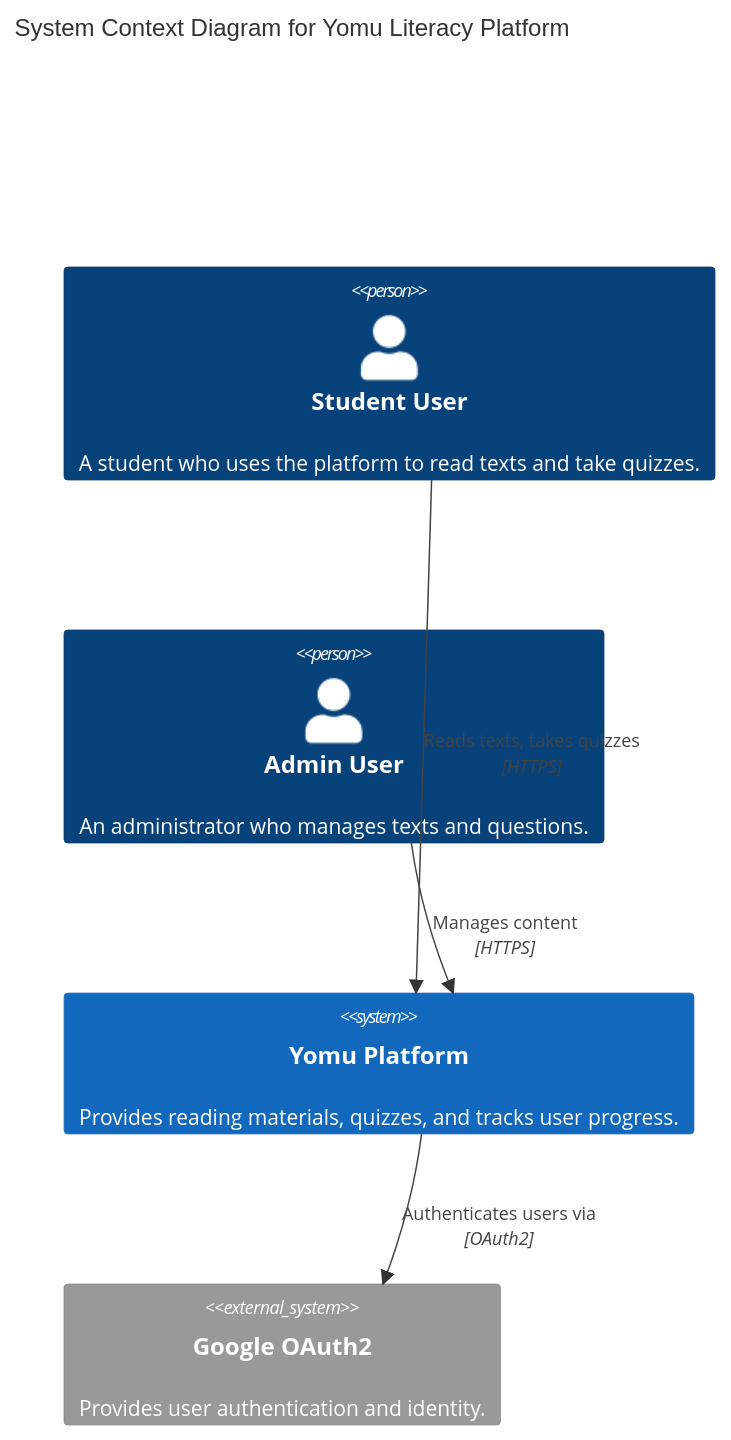
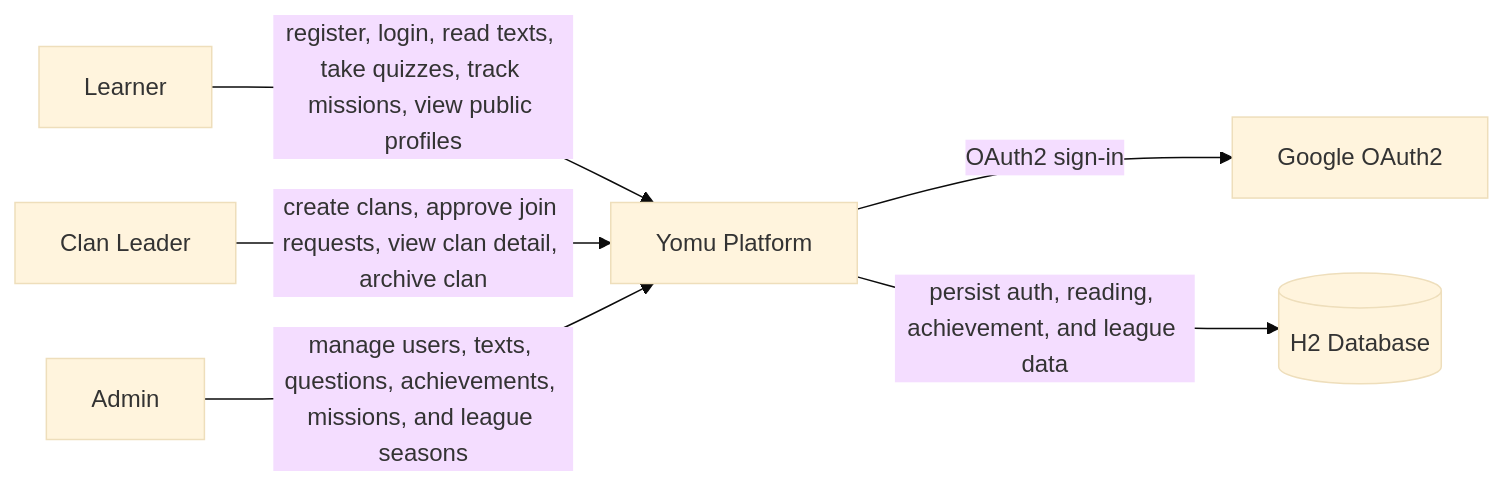
The first of 9 diagrams in README.md (adpro-2026-B19-project/yomu), drawn with Mermaid (base theme) before and after one commit. The commit also changed other lines of this file, not shown here.

````diff
--- a/README.md
+++ b/README.md
@@ -131,13 +133,15 @@
 ```mermaid
-C4Context
-title System Context Diagram for Yomu Literacy Platform
+flowchart LR
+    learner[Learner]
+    leader[Clan Leader]
+    admin[Admin]
+    google[Google OAuth2]
+    yomu[Yomu Platform]
+    h2[(H2 Database)]
 
-Person(student, "Student User", "A student who uses the platform to read texts and take quizzes.")
-Person(admin, "Admin User", "An administrator who manages texts and questions.")
-System(yomu, "Yomu Platform", "Provides reading materials, quizzes, and tracks user progress.")
-System_Ext(google_oauth, "Google OAuth2", "Provides user authentication and identity.")
-
-Rel(student, yomu, "Reads texts, takes quizzes", "HTTPS")
-Rel(admin, yomu, "Manages content", "HTTPS")
-Rel(yomu, google_oauth, "Authenticates users via", "OAuth2")
+    learner -->|register, login, read texts, take quizzes, track missions, view public profiles| yomu
+    leader -->|create clans, approve join requests, view clan detail, archive clan| yomu
+    admin -->|manage users, texts, questions, achievements, missions, and league seasons| yomu
+    yomu -->|OAuth2 sign-in| google
+    yomu -->|persist auth, reading, achievement, and league data| h2
 ```
````
